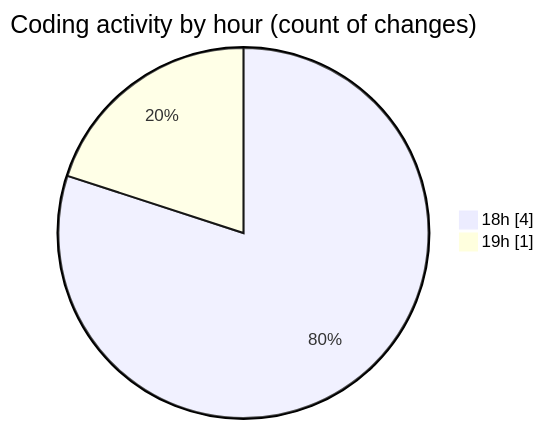
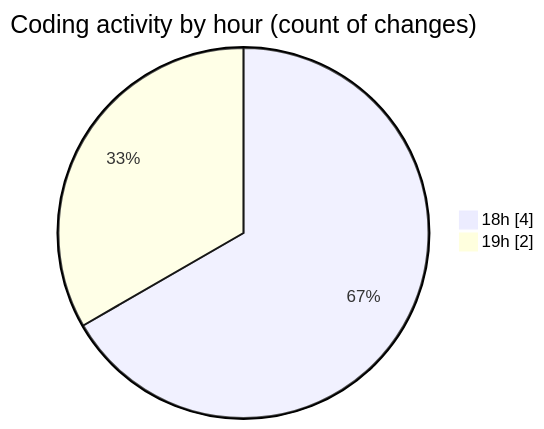
Before and after one commit to idhammustaqopulfikri/code-tracking: the second of 2 diagrams in 2025-04-27/crud-filament/README.md, drawn with Mermaid. The commit also changed other lines of this file and 1 other file, not shown here.

````diff
--- a/2025-04-27/crud-filament/README.md
+++ b/2025-04-27/crud-filament/README.md
@@ -30,6 +30,6 @@
 ```mermaid
 pie showData
 title Coding activity by hour (count of changes)
 "18h" : 4
-"19h" : 1
+"19h" : 2
 ```
````
